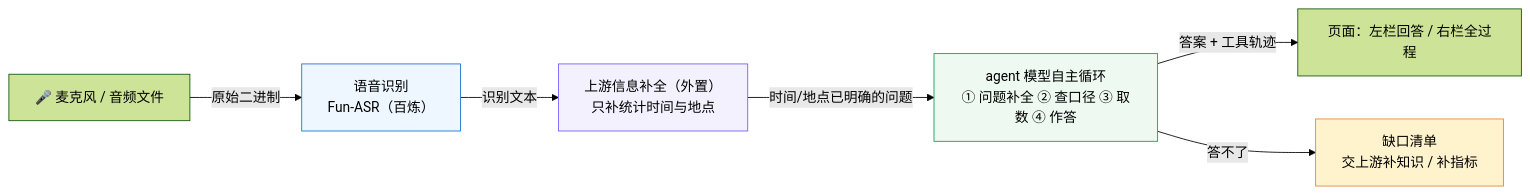
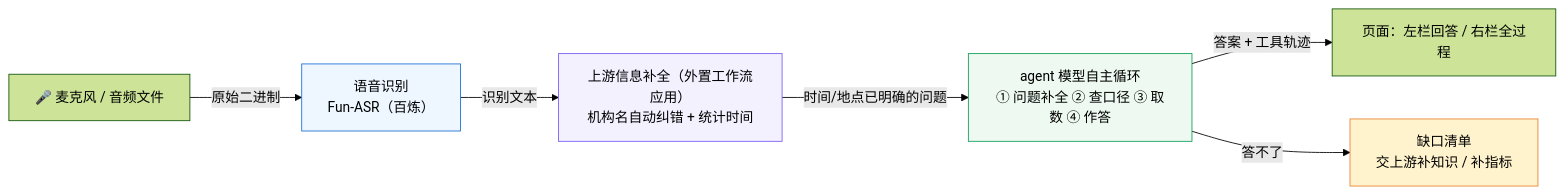
One commit to HengKang666/Project-Management-Secretary changed the first of 5 diagrams in docs/架构图.md. Above: the diagram before and after it, drawn with Mermaid (forest theme). The commit also changed other lines of this file and 5 other files, not shown here.

First line of the commit message:
上游「信息补全」工作流接回链路：机构名自动纠错 + 统计时间

```diff
--- a/docs/架构图.md
+++ b/docs/架构图.md
@@ -9,12 +9,12 @@
 ~~~mermaid
 flowchart LR
     A["🎤 麦克风 / 音频文件"] -->|"原始二进制"| B["语音识别<br/>Fun-ASR（百炼）"]
-    B -->|"识别文本"| C["上游信息补全（外置）<br/>只补统计时间与地点"]
+    B -->|"识别文本"| C["上游信息补全（外置工作流应用）<br/>机构名自动纠错 + 统计时间"]
     C -->|"时间/地点已明确的问题"| D["agent 模型自主循环<br/>① 问题补全 ② 查口径 ③ 取数 ④ 作答"]
     D -->|"答案 + 工具轨迹"| E["页面：左栏回答 / 右栏全过程"]
     D -->|"答不了"| F["缺口清单<br/>交上游补知识 / 补指标"]
     style B fill:#eef6ff,stroke:#1a6fd4
     style C fill:#f4f1ff,stroke:#7a5af8
     style D fill:#eefaf1,stroke:#0f9d58
     style F fill:#fff3cd,stroke:#e8842c
 ~~~
```
